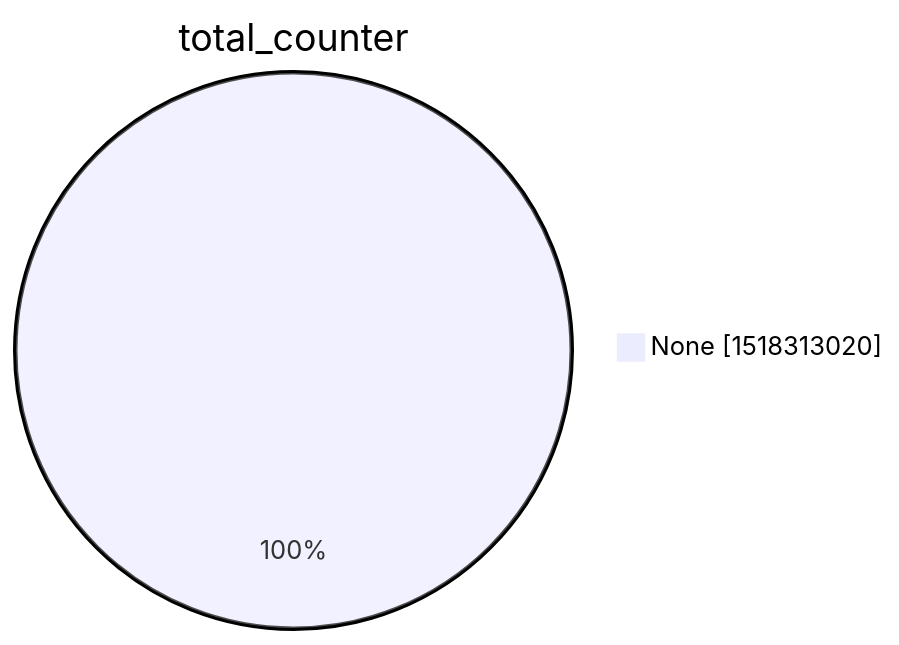
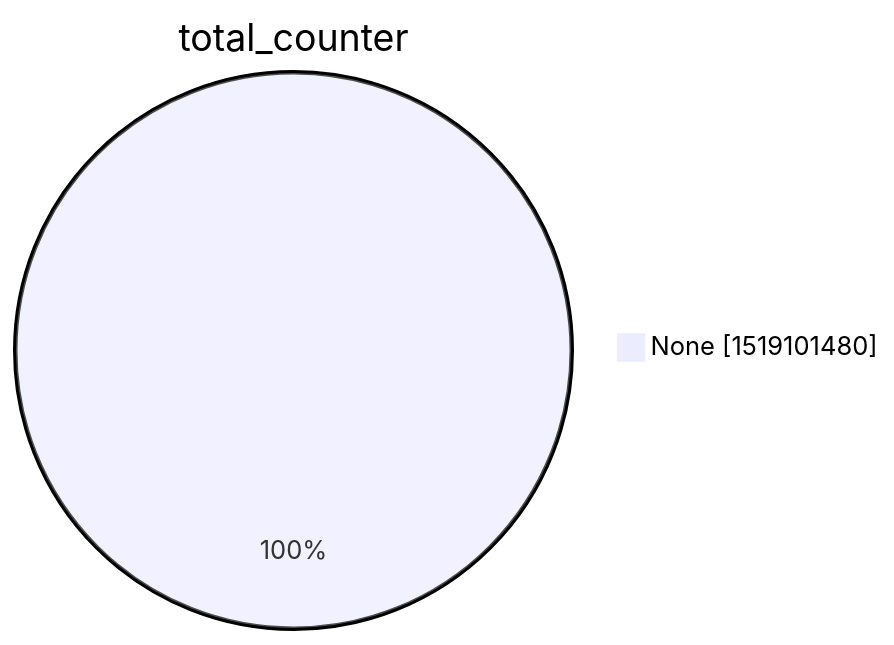
One commit to christiankrug/ctmonitor_visualization changed the second of 15 diagrams in xenon2022/README.md. Above: the diagram before and after it, drawn with Mermaid. The commit also changed other lines of this file, not shown here.

````diff
--- a/xenon2022/README.md
+++ b/xenon2022/README.md
@@ -9,5 +9,5 @@
 ```mermaid
 pie showData
 title total_counter
-"None" :1518313020
+"None" :1519101480
 ```
````
